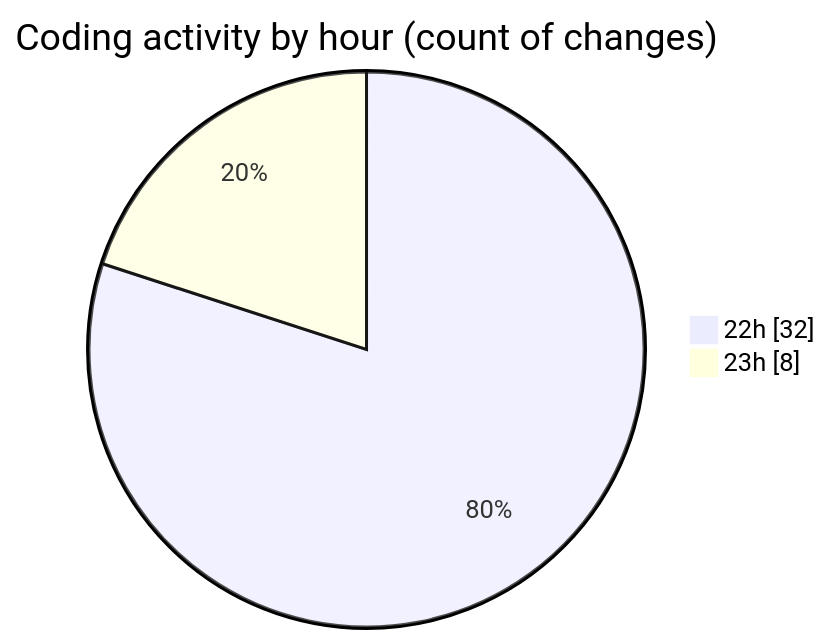
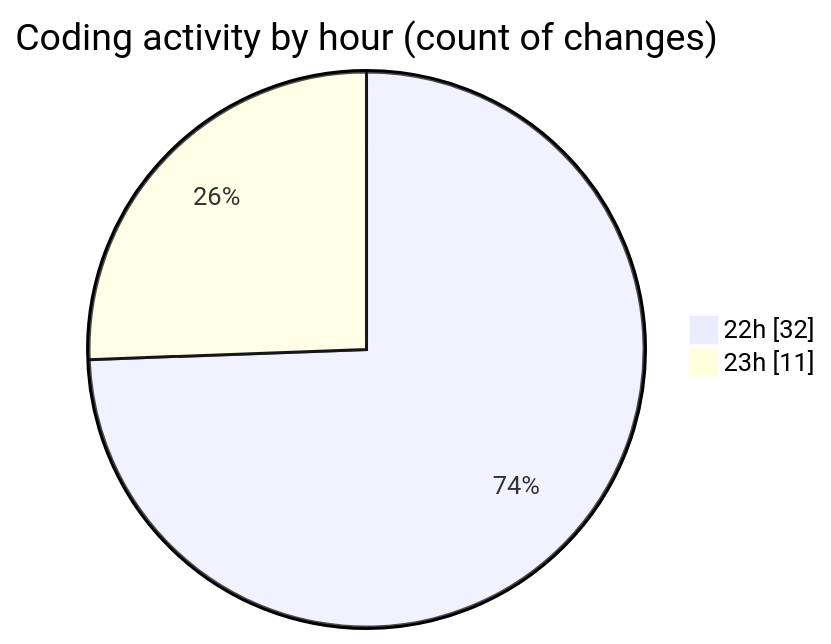
The second of 2 diagrams in 2025-10-23/javacript/README.md (nxtqubesakshisongat/code-tracking), drawn with Mermaid before and after one commit. The commit also changed other lines of this file and 1 other file, not shown here.

````diff
--- a/2025-10-23/javacript/README.md
+++ b/2025-10-23/javacript/README.md
@@ -28,6 +28,6 @@
 ```mermaid
 pie showData
 title Coding activity by hour (count of changes)
 "22h" : 32
-"23h" : 8
+"23h" : 11
 ```
````
